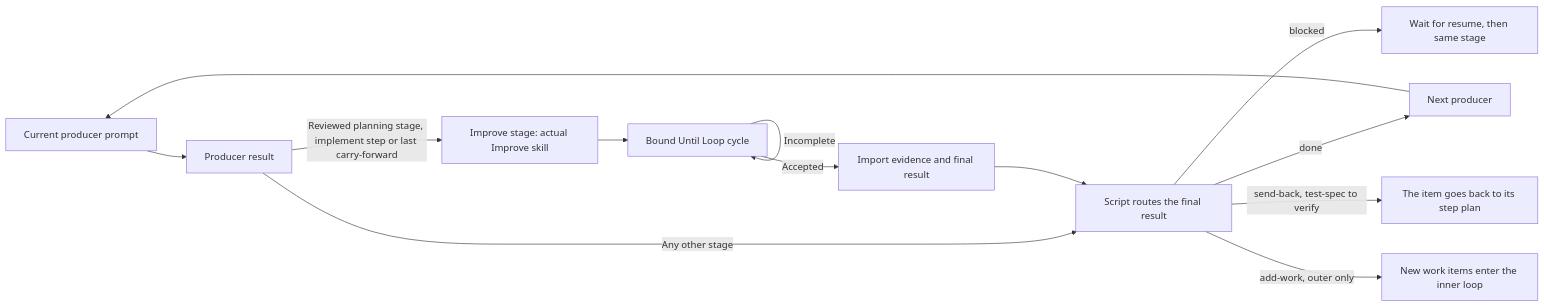
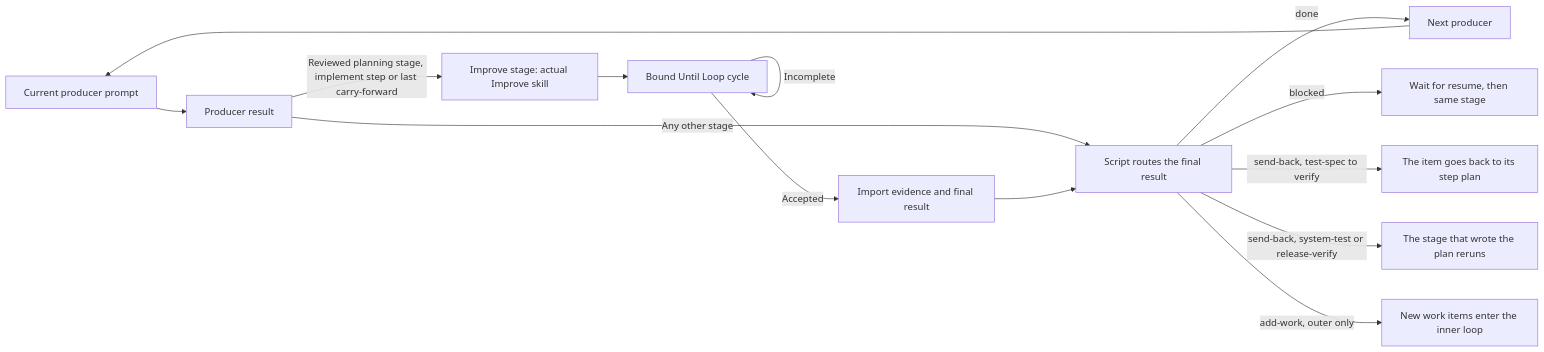
One commit to whichguy/skill-craft changed the first of 4 diagrams in skills/shiploop/references/navigator.md. Above: the diagram before and after it, drawn with Mermaid. The commit also changed other lines of this file and 12 other files, not shown here.

````diff
--- a/skills/shiploop/references/navigator.md
+++ b/skills/shiploop/references/navigator.md
@@ -21,15 +21,16 @@
 ```mermaid
 flowchart LR
   P[Current producer prompt] --> R[Producer result]
   R -->|Reviewed planning stage, implement step or last carry-forward| I[Improve stage: actual Improve skill]
   R -->|Any other stage| F
   I --> U[Bound Until Loop cycle]
   U -->|Incomplete| U
   U -->|Accepted| C[Import evidence and final result]
   C --> F[Script routes the final result]
   F -->|done| N[Next producer]
   F -->|blocked| B[Wait for resume, then same stage]
   F -->|send-back, test-spec to verify| SB[The item goes back to its step plan]
+  F -->|send-back, system-test or release-verify| SO[The stage that wrote the plan reruns]
   F -->|add-work, outer only| W[New work items enter the inner loop]
   N --> P
 ```
````
